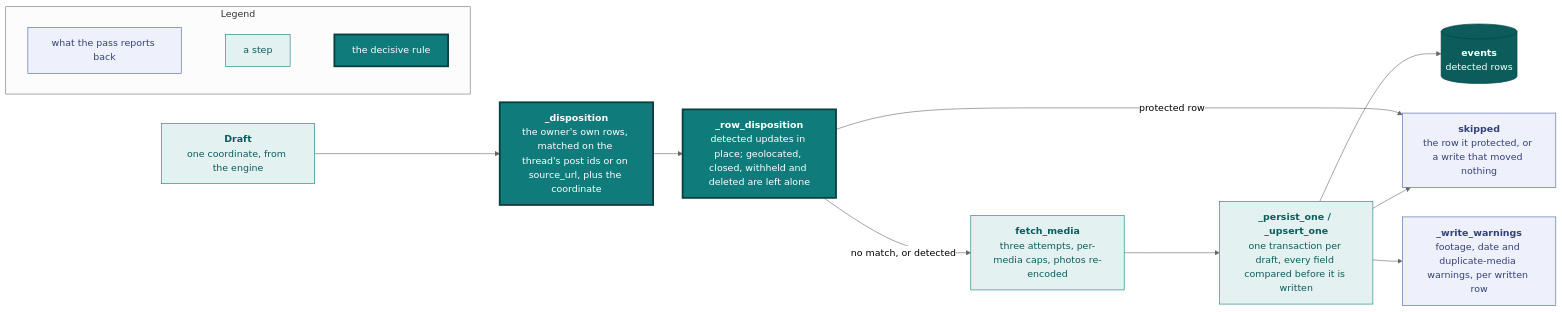
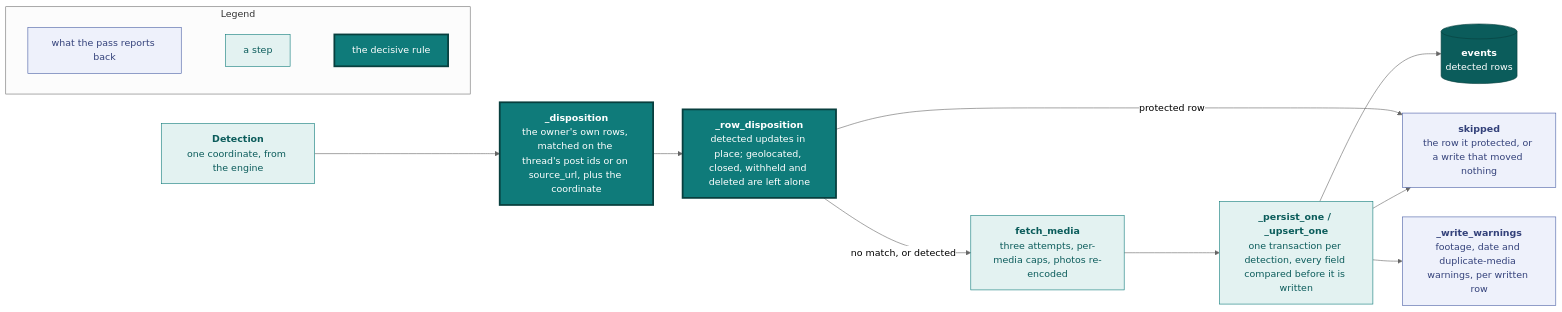
One commit to vidithq/vidit changed the fifth of 5 diagrams in docs/ingestion.md. Above: the diagram before and after it, drawn with Mermaid (neutral theme). The commit also changed other lines of this file and 9 other files, not shown here.

First line of the commit message:
docs: detection is the one word for a machine row; /import states the conditions in one paragraph

````diff
--- a/docs/ingestion.md
+++ b/docs/ingestion.md
@@ -365,38 +365,38 @@
 ```mermaid
 flowchart LR
   classDef spec fill:#eef1fb,stroke:#4a5fa5,color:#33417a
   classDef shared fill:#e3f2f1,stroke:#0f7b7a,color:#0b5c5b
   classDef core fill:#0f7b7a,stroke:#083f3e,stroke-width:3px,color:#ffffff
   classDef store fill:#0b5c5b,stroke:#083f3e,color:#ffffff
 
   subgraph legend [Legend]
     direction LR
     l1["`what the pass reports back`"]:::spec
     l2["`a step`"]:::shared
     l3["`the decisive rule`"]:::core
     l1 ~~~ l2 ~~~ l3
   end
 
-  draft["`**Draft**
+  detection["`**Detection**
   one coordinate, from the engine`"]:::shared
   match["`**_disposition**
   the owner's own rows, matched on the thread's post ids or on source_url, plus the coordinate`"]:::core
   matrix["`**_row_disposition**
   detected updates in place; geolocated, closed, withheld and deleted are left alone`"]:::core
   fetch["`**fetch_media**
   three attempts, per-media caps, photos re-encoded`"]:::shared
   write["`**_persist_one / _upsert_one**
-  one transaction per draft, every field compared before it is written`"]:::shared
+  one transaction per detection, every field compared before it is written`"]:::shared
   rows[("`**events**
   detected rows`")]:::store
   skip["`**skipped**
   the row it protected, or a write that moved nothing`"]:::spec
   warn["`**_write_warnings**
   footage, date and duplicate-media warnings, per written row`"]:::spec
 
-  draft --> match --> matrix
+  detection --> match --> matrix
   matrix -- "no match, or detected" --> fetch --> write --> rows
   matrix -- "protected row" --> skip
   write --> skip
   write --> warn
 ```
````
